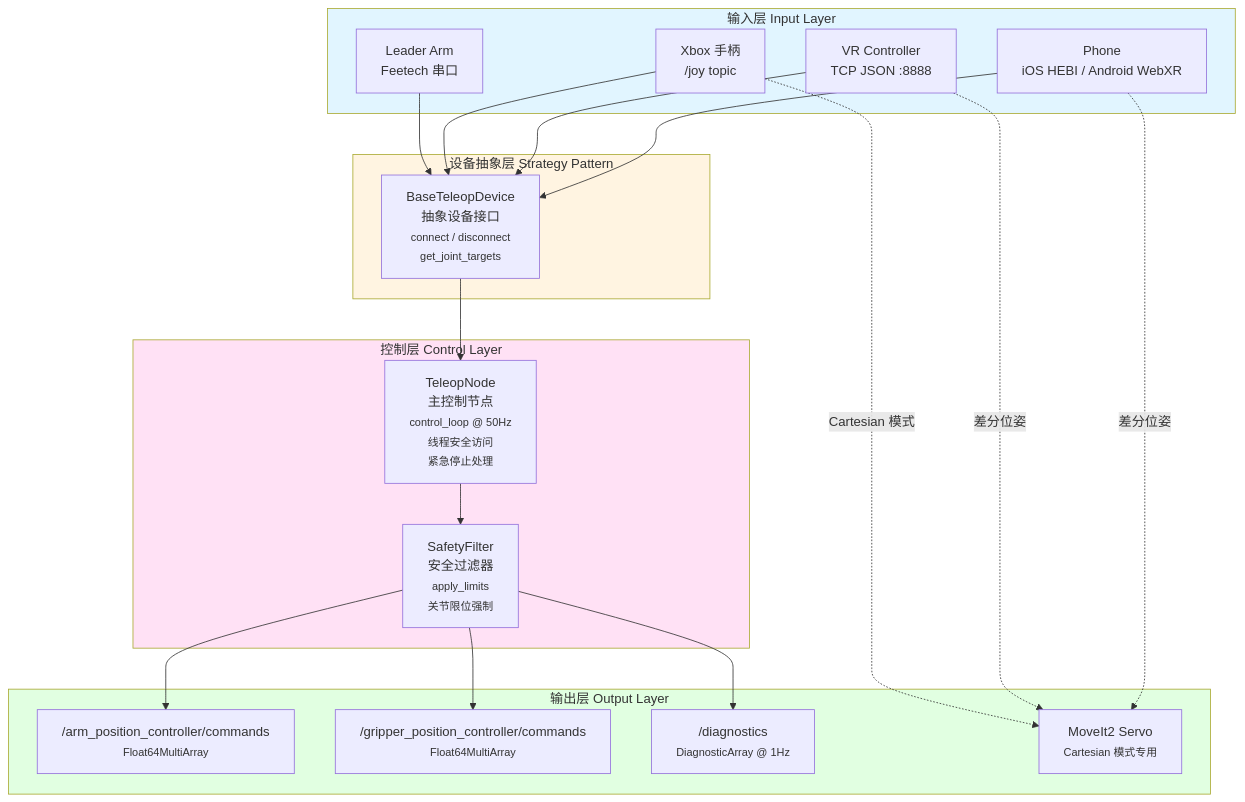
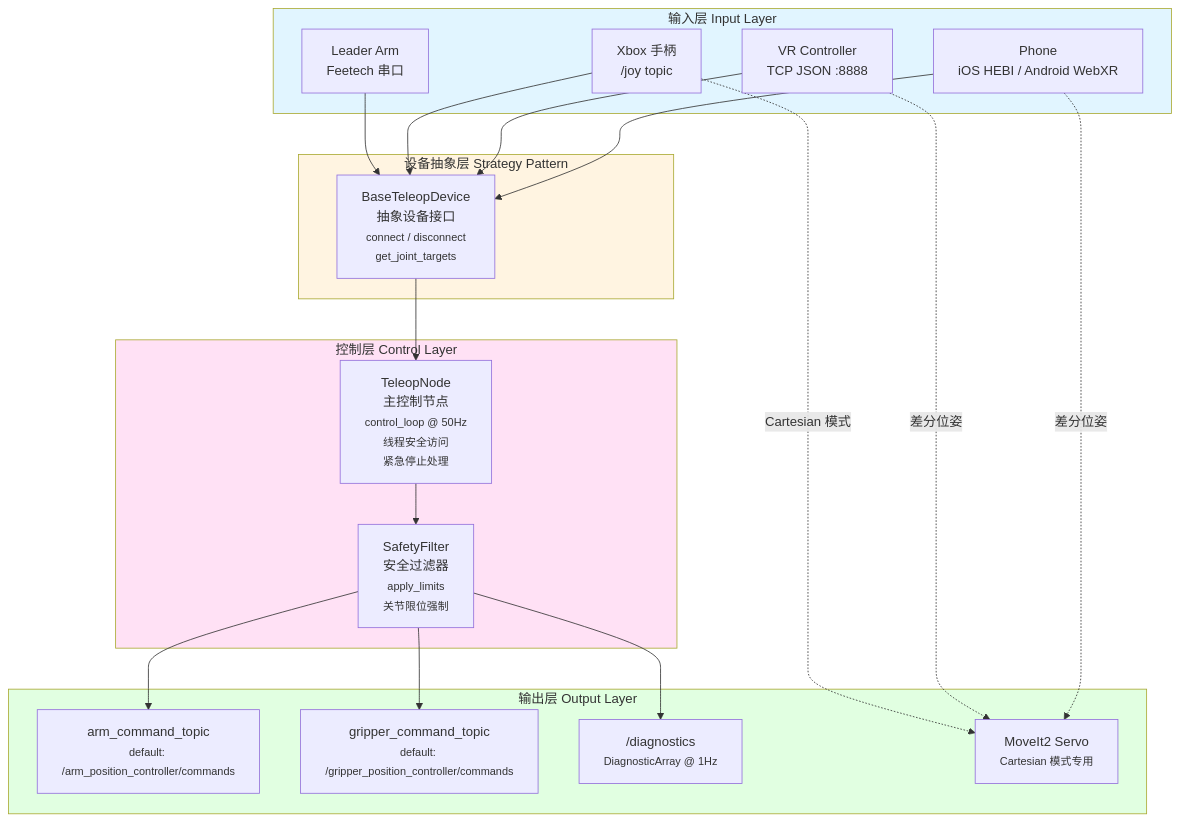
Before and after one commit to StoneStar-Aiknow/IB_Robot: the first of 2 diagrams in src/robot_teleop/README.md, drawn with Mermaid. The commit also changed other lines of this file and 6 other files, not shown here.

````diff
--- a/src/robot_teleop/README.md
+++ b/src/robot_teleop/README.md
@@ -21,44 +21,44 @@
 ```mermaid
 graph TB
     subgraph Input["输入层 Input Layer"]
         LA["Leader Arm<br/>Feetech 串口"]
         XB["Xbox 手柄<br/>/joy topic"]
         VR["VR Controller<br/>TCP JSON :8888"]
         PH["Phone<br/>iOS HEBI / Android WebXR"]
     end
 
     subgraph Device["设备抽象层 Strategy Pattern"]
         Base["BaseTeleopDevice<br/>抽象设备接口<br/><small>connect / disconnect<br/>get_joint_targets</small>"]
     end
 
     subgraph Control["控制层 Control Layer"]
         Node["TeleopNode<br/>主控制节点<br/><small>control_loop @ 50Hz<br/>线程安全访问<br/>紧急停止处理</small>"]
         Filter["SafetyFilter<br/>安全过滤器<br/><small>apply_limits<br/>关节限位强制</small>"]
     end
 
     subgraph Output["输出层 Output Layer"]
-        ARM["/arm_position_controller/commands<br/><small>Float64MultiArray</small>"]
-        GRIP["/gripper_position_controller/commands<br/><small>Float64MultiArray</small>"]
+        ARM["arm_command_topic<br/><small>default: /arm_position_controller/commands</small>"]
+        GRIP["gripper_command_topic<br/><small>default: /gripper_position_controller/commands</small>"]
         DIAG["/diagnostics<br/><small>DiagnosticArray @ 1Hz</small>"]
         SERVO["MoveIt2 Servo<br/><small>Cartesian 模式专用</small>"]
     end
 
     LA --> Base
     XB --> Base
     VR --> Base
     PH --> Base
 
     Base --> Node
     Node --> Filter
     Filter --> ARM
     Filter --> GRIP
     Filter --> DIAG
     XB -.->|"Cartesian 模式"| SERVO
     VR -.->|"差分位姿"| SERVO
     PH -.->|"差分位姿"| SERVO
 
     style Input fill:#e1f5ff
     style Device fill:#fff4e1
     style Control fill:#ffe1f5
     style Output fill:#e1ffe1
 ```
````
